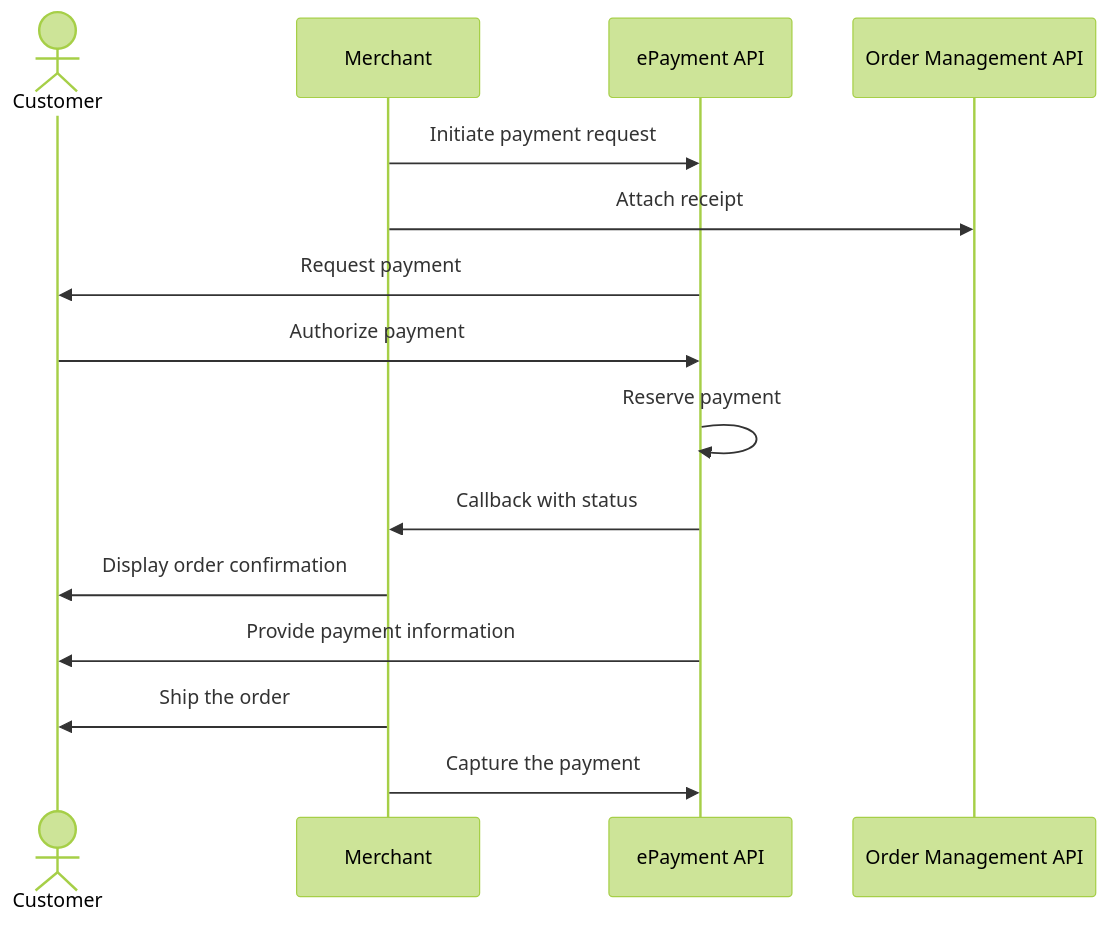
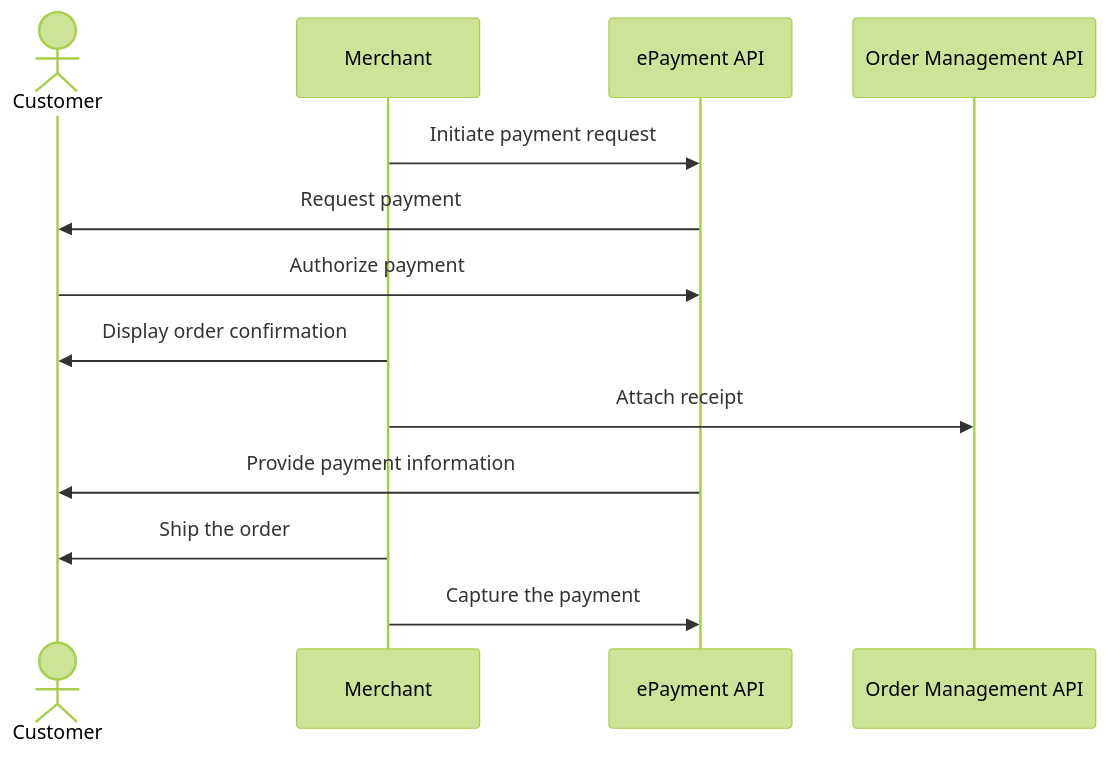
One commit to vippsas/vipps-solutions changed the diagram in online/README.md. Above: the diagram before and after it, drawn with Mermaid (forest theme). The commit also changed other lines of this file and 10 other files, not shown here.

Commit message:
Align and simplify all sequence diagrams

````diff
--- a/online/README.md
+++ b/online/README.md
@@ -136,17 +137,16 @@
 ``` mermaid
 sequenceDiagram
     actor C as Customer
     participant M as Merchant
     participant ePayment as ePayment API
     participant ordermanagement as Order Management API
+
     M->>ePayment: Initiate payment request
-    M->> ordermanagement: Attach receipt
     ePayment->>C: Request payment
     C->>ePayment: Authorize payment
-    ePayment->>ePayment: Reserve payment
-    ePayment->>M: Callback with status
     M->>C: Display order confirmation
+    M->> ordermanagement: Attach receipt
     ePayment->>C: Provide payment information
     M->>C: Ship the order
     M->>ePayment: Capture the payment
 ```
````
